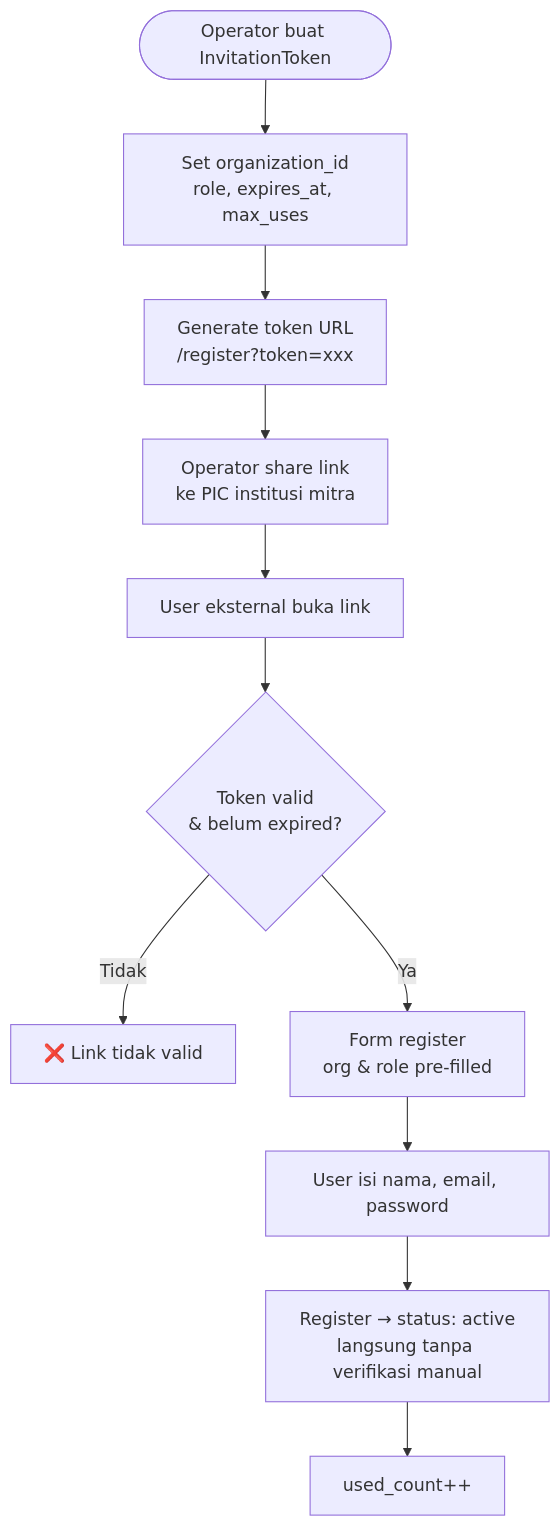
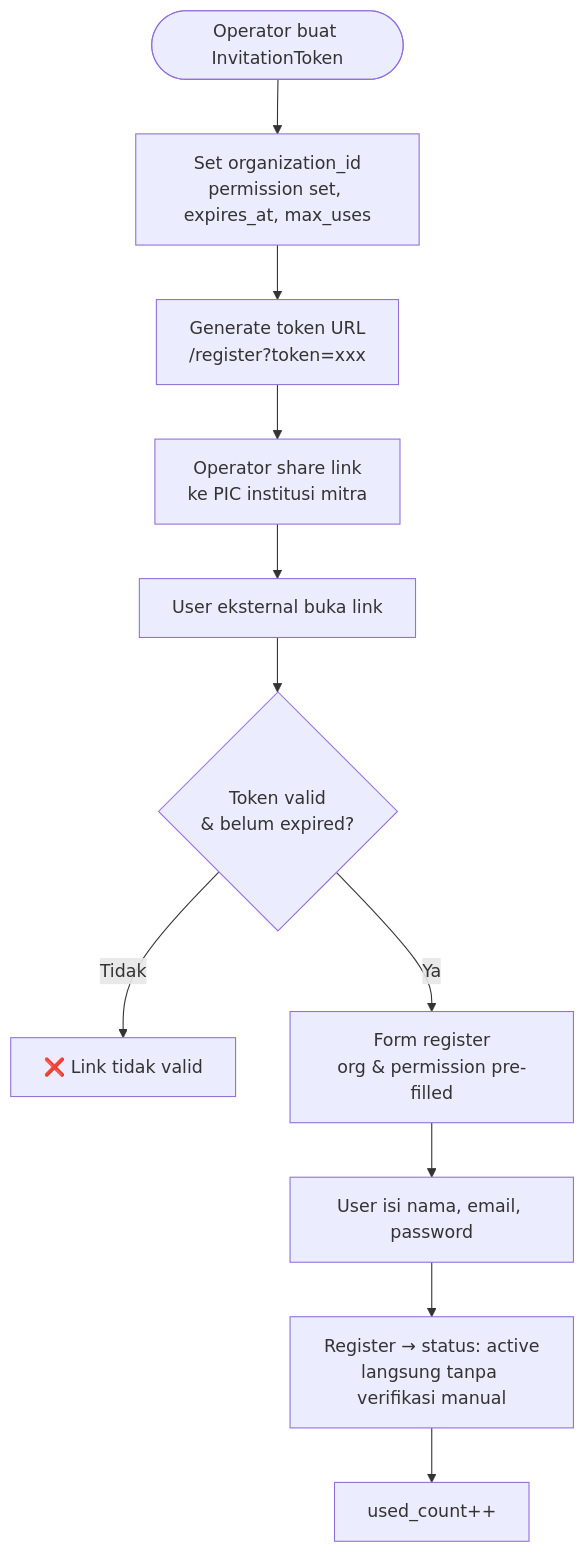
The second of 5 diagrams in docs/requirement-analysis/ddd/generic/02_identity_access.md (nas11ai/sim-kerjasama-itk), drawn with Mermaid before and after one commit. The commit also changed other lines of this file and 1 other file, not shown here.

Commit message:
docs: add custom permission implementation in ddd

````diff
--- a/docs/requirement-analysis/ddd/generic/02_identity_access.md
+++ b/docs/requirement-analysis/ddd/generic/02_identity_access.md
@@ -42,13 +41,13 @@
 ```mermaid
 flowchart TD
-    START([Operator buat InvitationToken]) --> A[Set organization_id<br/>role, expires_at, max_uses]
+    START([Operator buat InvitationToken]) --> A[Set organization_id<br/>permission set, expires_at, max_uses]
     A --> B[Generate token URL<br/>/register?token=xxx]
     B --> C[Operator share link<br/>ke PIC institusi mitra]
     C --> D[User eksternal buka link]
     D --> E{Token valid<br/>& belum expired?}
     E -->|Tidak| ERR[❌ Link tidak valid]
-    E -->|Ya| F[Form register<br/>org & role pre-filled]
+    E -->|Ya| F[Form register<br/>org & permission pre-filled]
     F --> G[User isi nama, email, password]
     G --> H[Register → status: active<br/>langsung tanpa verifikasi manual]
     H --> I[used_count++]
 ```
````
